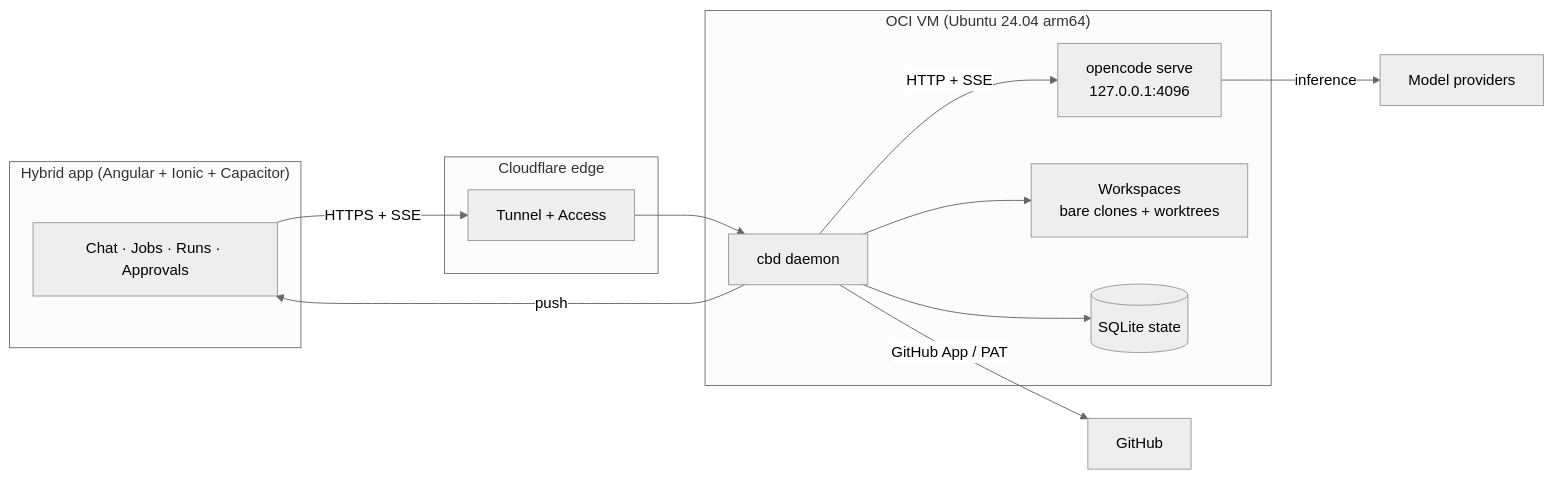
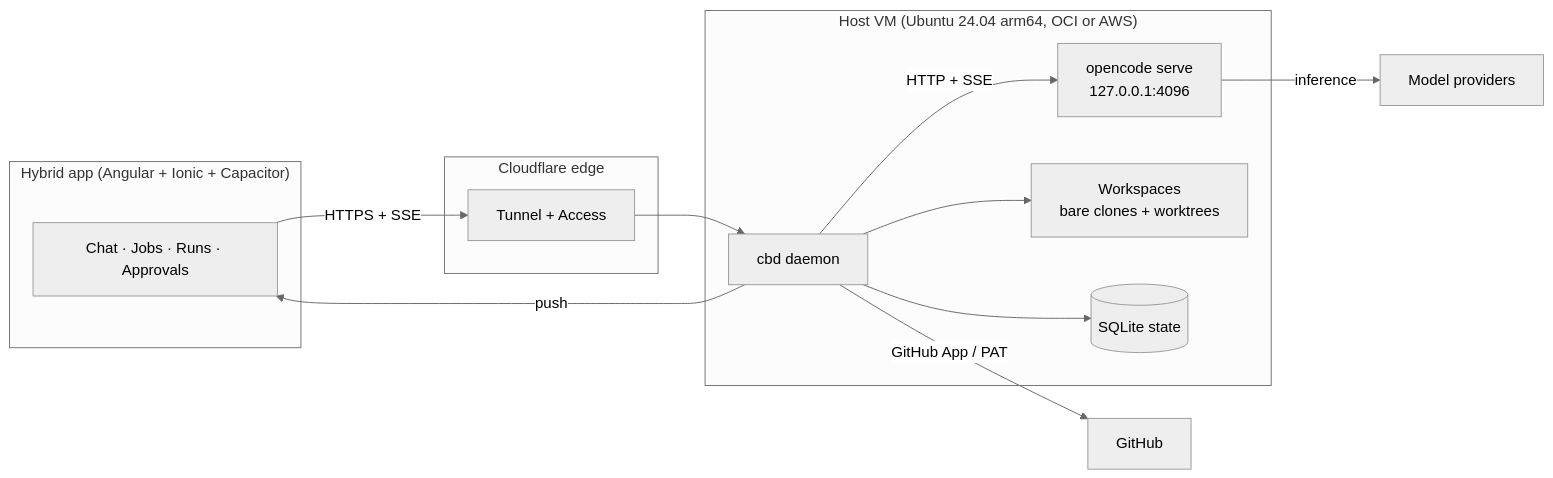
Before and after one commit to danihp6/codebox: the diagram in README.md, drawn with Mermaid (neutral theme). The commit also changed other lines of this file and 7 other files, not shown here.

````diff
--- a/README.md
+++ b/README.md
@@ -33,25 +34,25 @@
 ```mermaid
 flowchart LR
   subgraph Phone["Hybrid app (Angular + Ionic + Capacitor)"]
     UI[Chat · Jobs · Runs · Approvals]
   end
   subgraph Edge["Cloudflare edge"]
     T[Tunnel + Access]
   end
-  subgraph VM["OCI VM (Ubuntu 24.04 arm64)"]
+  subgraph VM["Host VM (Ubuntu 24.04 arm64, OCI or AWS)"]
     D[cbd daemon]
     O[opencode serve<br/>127.0.0.1:4096]
     W[Workspaces<br/>bare clones + worktrees]
     S[(SQLite state)]
   end
   GH[GitHub]
   M[Model providers]
 
   UI -->|HTTPS + SSE| T --> D
   D -->|HTTP + SSE| O
   D --> W
   D --> S
   D -->|GitHub App / PAT| GH
   O -->|inference| M
   D -->|push| UI
 ```
````
